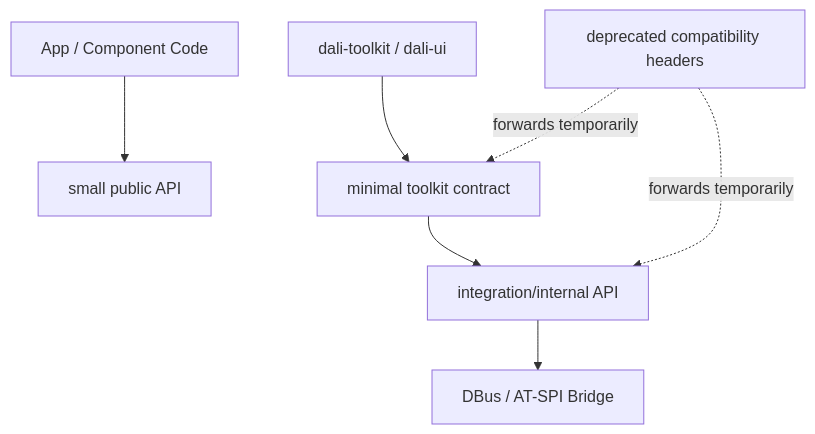
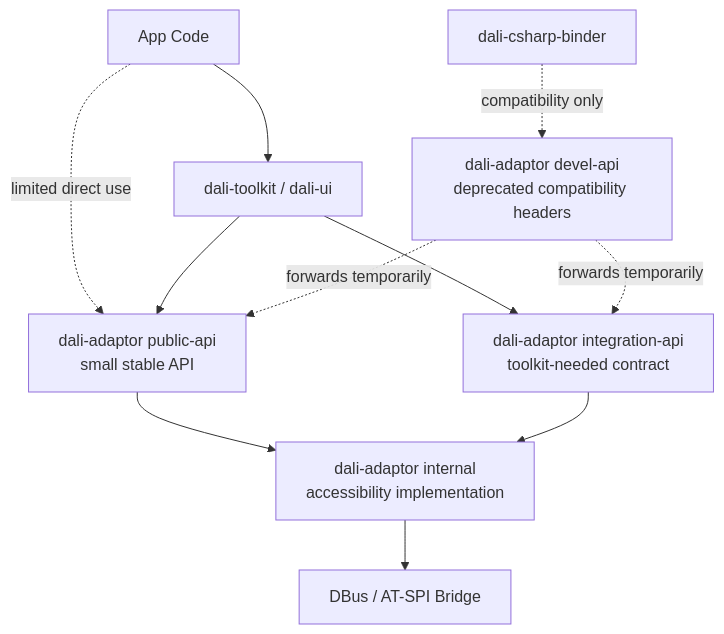
One commit to bshsqa/AccessibilityRefactoring changed the second of 2 diagrams in Phase-1-adaptor-api-minimization.md. Above: the diagram before and after it, drawn with Mermaid. The commit also changed other lines of this file and 5 other files, not shown here.

````diff
--- a/Phase-1-adaptor-api-minimization.md
+++ b/Phase-1-adaptor-api-minimization.md
@@ -58,17 +116,22 @@
 ```mermaid
 flowchart TD
-  App[App / Component Code]
-  PublicAPI[small public API]
+  App[App Code]
   Toolkit[dali-toolkit / dali-ui]
-  MinimalContract[minimal toolkit contract]
-  InternalAPI[integration/internal API]
+  Binder[dali-csharp-binder]
+  AdaptorPublic[dali-adaptor public-api<br/>small stable API]
+  AdaptorIntegration[dali-adaptor integration-api<br/>toolkit-needed contract]
+  AdaptorDeprecated[dali-adaptor devel-api<br/>deprecated compatibility headers]
+  AdaptorInternal[dali-adaptor internal<br/>accessibility implementation]
   DBusBridge[DBus / AT-SPI Bridge]
-  Deprecated[deprecated compatibility headers]
 
-  App --> PublicAPI
-  Toolkit --> MinimalContract
-  MinimalContract --> InternalAPI
-  InternalAPI --> DBusBridge
-  Deprecated -. forwards temporarily .-> MinimalContract
-  Deprecated -. forwards temporarily .-> InternalAPI
+  App --> Toolkit
+  App -. limited direct use .-> AdaptorPublic
+  Toolkit --> AdaptorPublic
+  Toolkit --> AdaptorIntegration
+  Binder -. compatibility only .-> AdaptorDeprecated
+  AdaptorPublic --> AdaptorInternal
+  AdaptorIntegration --> AdaptorInternal
+  AdaptorInternal --> DBusBridge
+  AdaptorDeprecated -. forwards temporarily .-> AdaptorPublic
+  AdaptorDeprecated -. forwards temporarily .-> AdaptorIntegration
 ```
````
